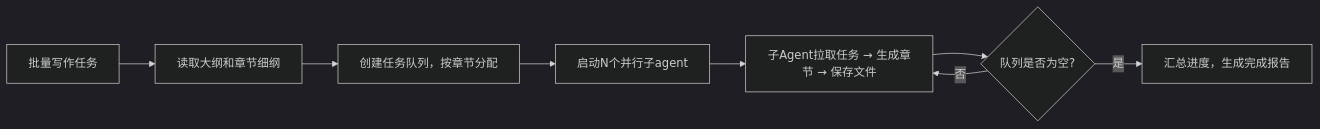
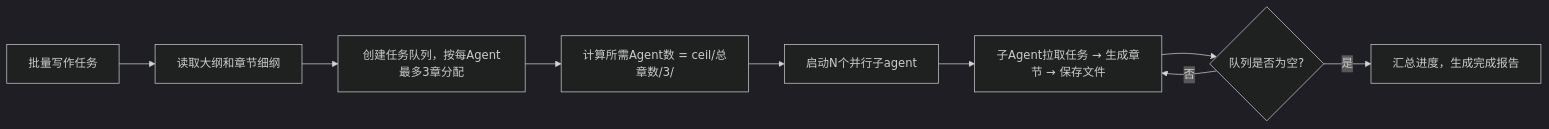
One commit to xindoo/sumeru changed the second of 2 diagrams in skills/sumeru-write/SKILL.md. Above: the diagram before and after it, drawn with Mermaid (dark theme). The commit also changed other lines of this file and 7 other files, not shown here.

````diff
--- a/skills/sumeru-write/SKILL.md
+++ b/skills/sumeru-write/SKILL.md
@@ -113,10 +127,11 @@
 ```mermaid
 flowchart LR
     A[批量写作任务] --> B[读取大纲和章节细纲]
-    B --> C[创建任务队列，按章节分配]
-    C --> D[启动N个并行子agent]
-    D --> E[子Agent拉取任务 → 生成章节 → 保存文件]
-    E --> F{队列是否为空?}
-    F -->|否| E
-    F -->|是| G[汇总进度，生成完成报告]
+    B --> C[创建任务队列，按每Agent最多3章分配]
+    C --> D[计算所需Agent数 = ceil/总章数/3/]
+    D --> E[启动N个并行子agent]
+    E --> F[子Agent拉取任务 → 生成章节 → 保存文件]
+    F --> G{队列是否为空?}
+    G -->|否| F
+    G -->|是| H[汇总进度，生成完成报告]
 ```
````
